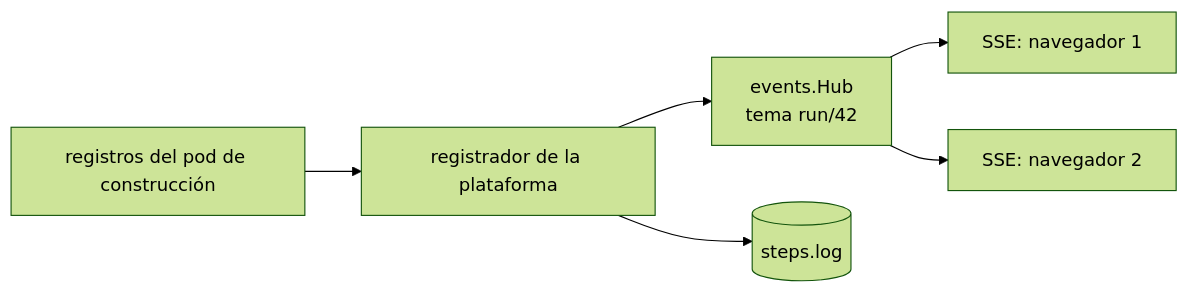
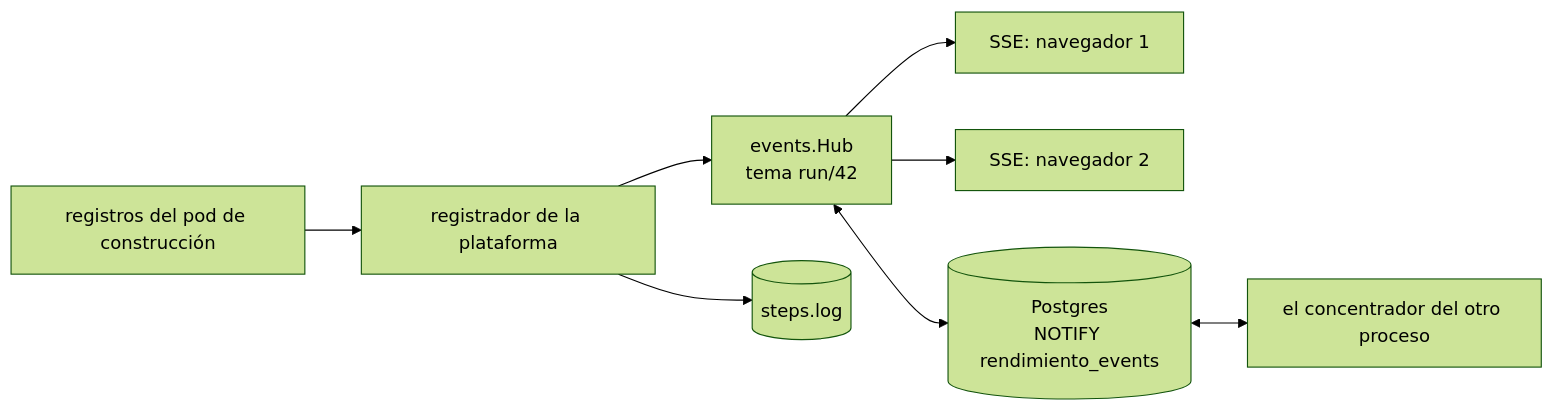
The second of 3 diagrams in docs/content/architecture/api-ui.es.md (p0dxD/rendimiento.ai), drawn with Mermaid (forest theme) before and after one commit. The commit also changed other lines of this file and 22 other files, not shown here.

First line of the commit message:
Updates without downtime: live events through Postgres, a rolling update

````diff
--- a/docs/content/architecture/api-ui.es.md
+++ b/docs/content/architecture/api-ui.es.md
@@ -45,7 +45,9 @@
 ```mermaid
 flowchart LR
     exec[registros del pod de construcción] --> rec[registrador de la plataforma] --> hub[events.Hub<br/>tema run/42]
     hub --> s1[SSE: navegador 1]
     hub --> s2[SSE: navegador 2]
     rec --> db[(steps.log)]
+    hub <--> pg[(Postgres<br/>NOTIFY rendimiento_events)]
+    pg <--> other[el concentrador del otro proceso]
 ```
````
